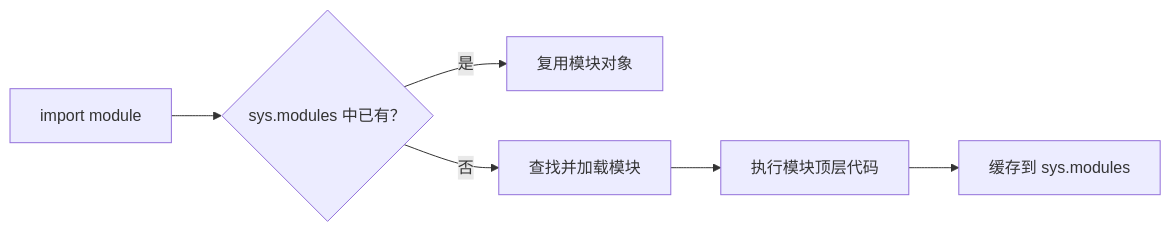
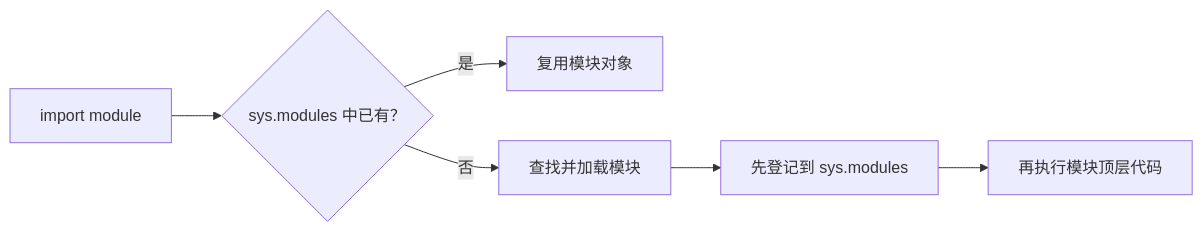
One commit to studyzhige-ui/ai-application-interview-handbook changed the third of 3 diagrams in curriculum/01-python/review/09-异常-文件-模块与导入-图解与自测.md. Above: the diagram before and after it, drawn with Mermaid. The commit also changed 430 other files, not shown here.

````diff
--- a/curriculum/01-python/review/09-异常-文件-模块与导入-图解与自测.md
+++ b/curriculum/01-python/review/09-异常-文件-模块与导入-图解与自测.md
@@ -32,8 +32,8 @@
 ```mermaid
 flowchart LR
     A["import module"] --> B{"sys.modules 中已有？"}
     B -->|是| C["复用模块对象"]
     B -->|否| D["查找并加载模块"]
-    D --> E["执行模块顶层代码"]
-    E --> F["缓存到 sys.modules"]
+    D --> E["先登记到 sys.modules"]
+    E --> F["再执行模块顶层代码"]
 ```
````
